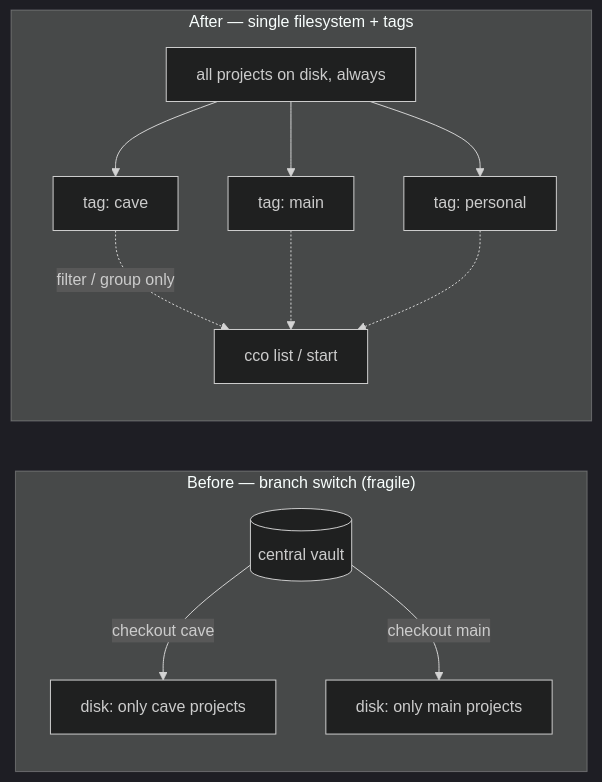
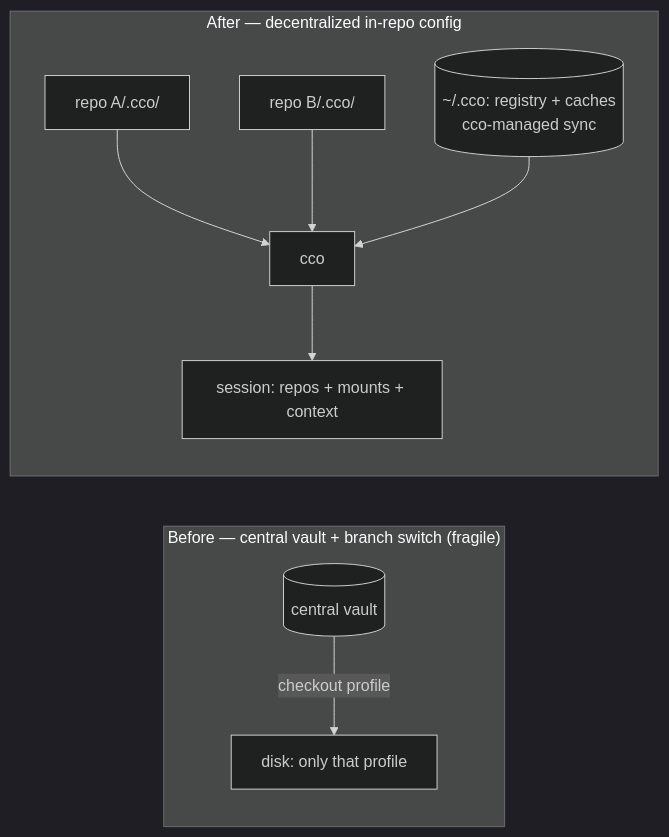
One commit to alergyonthestage/claude-orchestrator changed the second of 2 diagrams in docs/maintainer/decisions/roadmap.md. Above: the diagram before and after it, drawn with Mermaid (dark theme). The commit also changed other lines of this file and 1 other file, not shown here.

First line of the commit message:
docs: reopen sync trigger as design question; packaging-aware; roadmap → decentralized

````diff
--- a/docs/maintainer/decisions/roadmap.md
+++ b/docs/maintainer/decisions/roadmap.md
@@ -106,15 +114,12 @@
 ```mermaid
 flowchart LR
-  subgraph OLD["Before — branch switch (fragile)"]
-    V[(central vault)] -->|checkout cave| FS1[disk: only cave projects]
-    V -->|checkout main| FS2[disk: only main projects]
+  subgraph OLD["Before — central vault + branch switch (fragile)"]
+    V[(central vault)] -->|checkout profile| FS[disk: only that profile]
   end
-  subgraph NEW["After — single filesystem + tags"]
-    A[all projects on disk, always] --> T1[tag: cave]
-    A --> T2[tag: main]
-    A --> T3[tag: personal]
-    T1 -.filter / group only.-> UI[cco list / start]
-    T2 -.-> UI
-    T3 -.-> UI
+  subgraph NEW["After — decentralized in-repo config"]
+    RA["repo A/.cco/"] --> CCO[cco]
+    RB["repo B/.cco/"] --> CCO
+    REG[("~/.cco: registry + caches<br/>cco-managed sync")] --> CCO
+    CCO --> S["session: repos + mounts + context"]
   end
 ```
````
